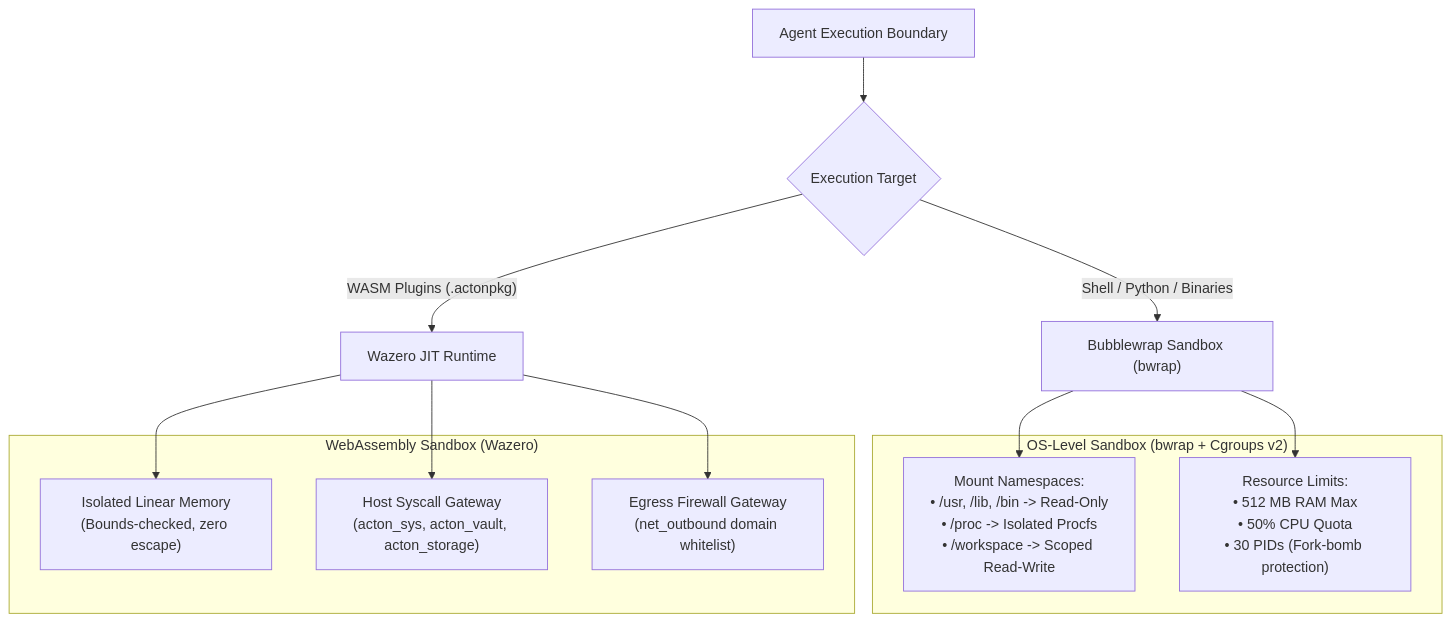
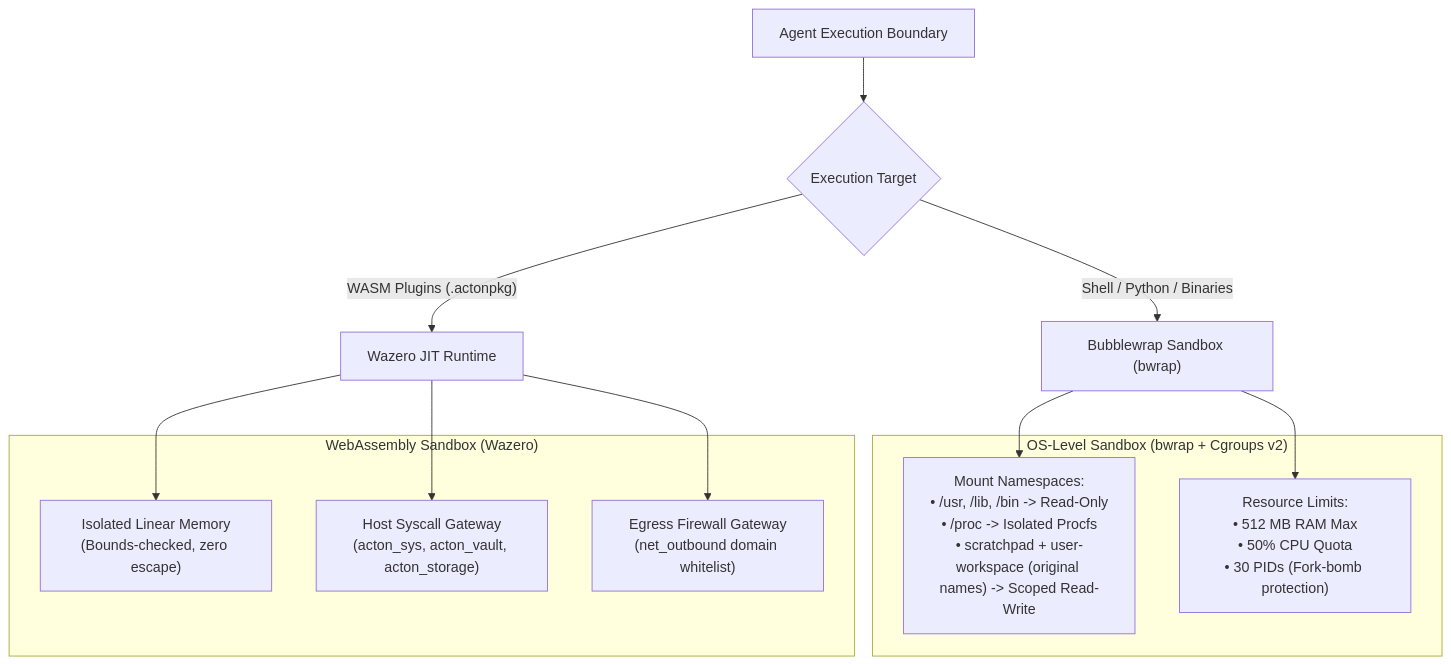
One commit to actonos/docs changed the diagram in docs/advanced-architecture/sandbox-isolation.mdx. Above: the diagram before and after it, drawn with Mermaid. The commit also changed other lines of this file and 47 other files, not shown here.

````diff
--- a/docs/advanced-architecture/sandbox-isolation.mdx
+++ b/docs/advanced-architecture/sandbox-isolation.mdx
@@ -12,24 +12,24 @@
 ```mermaid
 graph TD
     A["Agent Execution Boundary"] --> B{"Execution Target"}
     
     B -- "Shell / Python / Binaries" --> C["Bubblewrap Sandbox (bwrap)"]
     B -- "WASM Plugins (.actonpkg)" --> W["Wazero JIT Runtime"]
     
     subgraph "OS-Level Sandbox (bwrap + Cgroups v2)"
-        D["Mount Namespaces:<br/>• /usr, /lib, /bin -> Read-Only<br/>• /proc -> Isolated Procfs<br/>• /workspace -> Scoped Read-Write"]
+        D["Mount Namespaces:<br/>• /usr, /lib, /bin -> Read-Only<br/>• /proc -> Isolated Procfs<br/>• scratchpad + user-workspace (original names) -> Scoped Read-Write"]
         G["Resource Limits:<br/>• 512 MB RAM Max<br/>• 50% CPU Quota<br/>• 30 PIDs (Fork-bomb protection)"]
     end
     
     subgraph "WebAssembly Sandbox (Wazero)"
         W1["Isolated Linear Memory<br/>(Bounds-checked, zero escape)"]
         W2["Host Syscall Gateway<br/>(acton_sys, acton_vault, acton_storage)"]
         W3["Egress Firewall Gateway<br/>(net_outbound domain whitelist)"]
     end
     
     C --> D
     C --> G
     W --> W1
     W --> W2
     W --> W3
 ```
````
